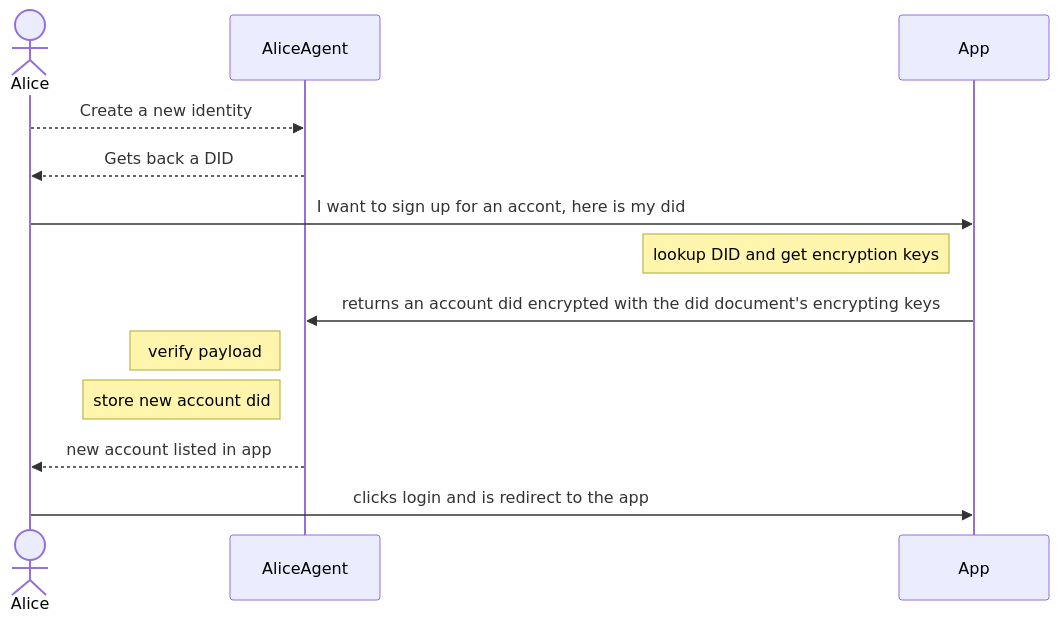
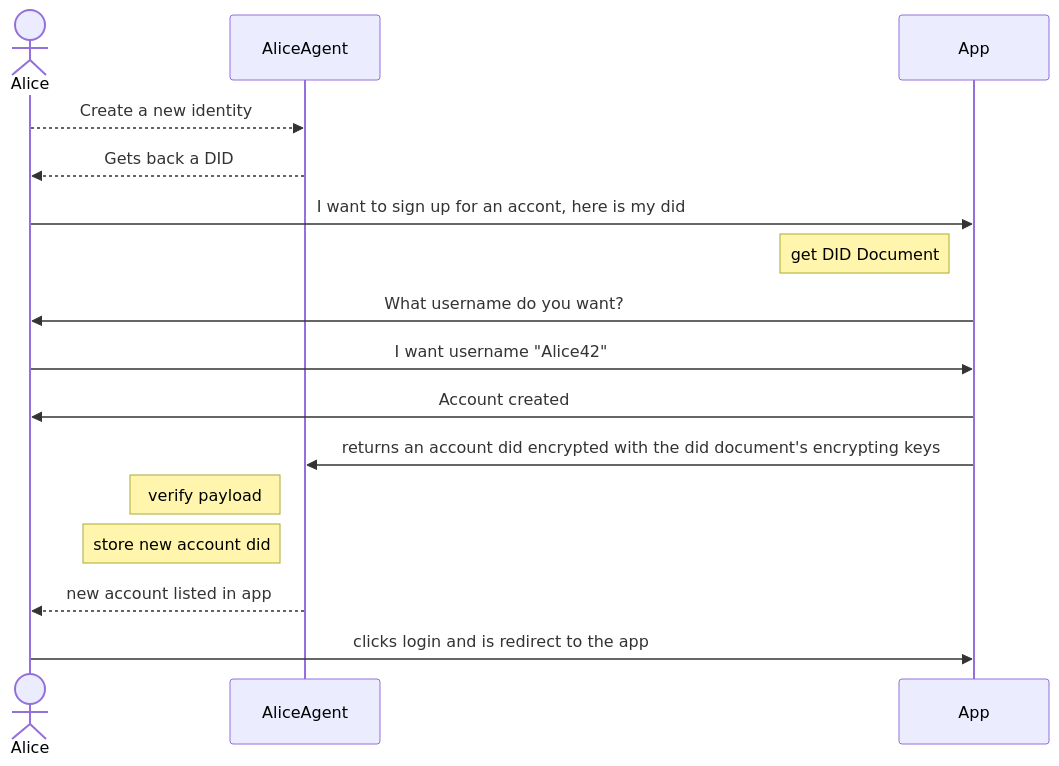
The diagram in SPEC.md (jlinclabs/hyp-did), drawn with Mermaid before and after one commit. The commit also changed other lines of this file, not shown here.

````diff
--- a/SPEC.md
+++ b/SPEC.md
@@ -70,16 +104,19 @@
 ```mermaid
 sequenceDiagram
     actor Alice
     participant AliceAgent
     participant App
 
     Alice-->>AliceAgent: Create a new identity
     AliceAgent-->>Alice: Gets back a DID
     Alice->>App: I want to sign up for an accont, here is my did
-    Note left of App: lookup DID and get encryption keys
+    Note left of App: get DID Document
+    App->>Alice: What username do you want?
+    Alice->>App: I want username "Alice42"
+    App->>Alice: Account created
     App->>AliceAgent: returns an account did encrypted with the did document's encrypting keys
     Note left of AliceAgent: verify payload
     Note left of AliceAgent: store new account did
     AliceAgent-->>Alice: new account listed in app
     Alice->>App: clicks login and is redirect to the app
 ```
````
